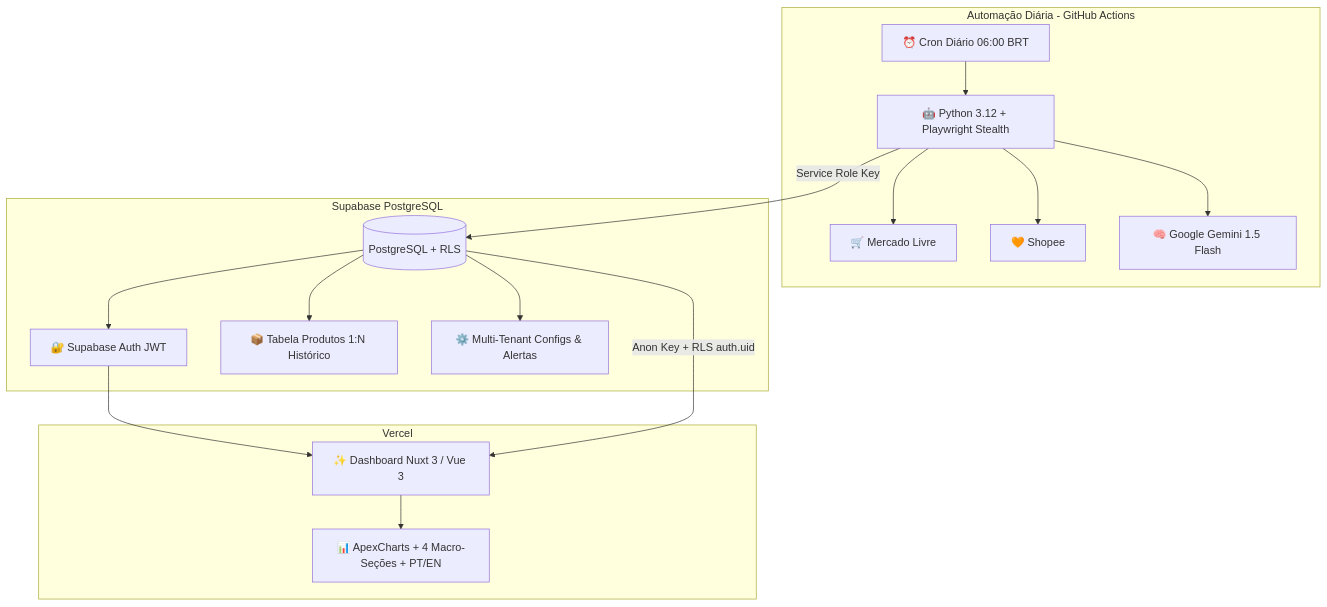
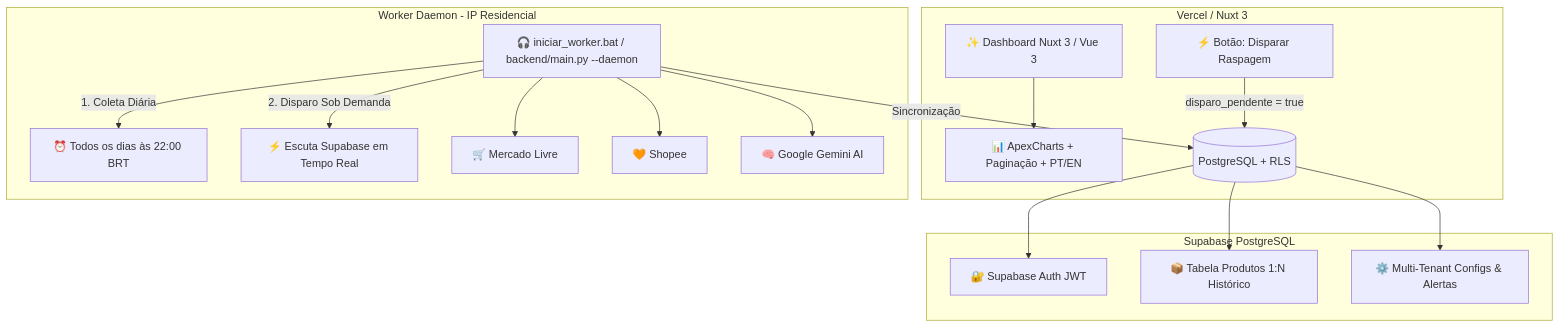
One commit to MarshalFilho/biscuit_scraper changed the diagram in README.md. Above: the diagram before and after it, drawn with Mermaid. The commit also changed other lines of this file and 4 other files, not shown here.

Commit message:
feat(worker): switch to local worker daemon architecture with 22:00 daily schedule and instant trigger

````diff
--- a/README.md
+++ b/README.md
@@ -9,22 +9,25 @@
 ```mermaid
 graph TD
-    subgraph Nuvem Automática [Automação Diária - GitHub Actions]
-        Cron[⏰ Cron Diário 06:00 BRT] --> Scraper[🤖 Python 3.12 + Playwright Stealth]
-        Scraper --> Meli[🛒 Mercado Livre]
-        Scraper --> Shopee[🧡 Shopee]
-        Scraper --> Gemini[🧠 Google Gemini 1.5 Flash]
+    subgraph Frontend SaaS [Vercel / Nuxt 3]
+        NuxtApp[✨ Dashboard Nuxt 3 / Vue 3]
+        NuxtApp --> Visual[📊 ApexCharts + Paginação + PT/EN]
+        BtnDisparo[⚡ Botão: Disparar Raspagem] -->|disparo_pendente = true| DB
     end
 
     subgraph Banco de Dados [Supabase PostgreSQL]
-        Scraper -->|Service Role Key| DB[(PostgreSQL + RLS)]
+        DB[(PostgreSQL + RLS)]
         DB --> Auth[🔐 Supabase Auth JWT]
         DB --> Produtos[📦 Tabela Produtos 1:N Histórico]
         DB --> Configs[⚙️ Multi-Tenant Configs & Alertas]
     end
 
-    subgraph Frontend SaaS [Vercel]
-        Auth --> NuxtApp[✨ Dashboard Nuxt 3 / Vue 3]
-        DB -->|Anon Key + RLS auth.uid| NuxtApp
-        NuxtApp --> Visual[📊 ApexCharts + 4 Macro-Seções + PT/EN]
+    subgraph Worker Local [Worker Daemon - IP Residencial]
+        Worker[🎧 iniciar_worker.bat / backend/main.py --daemon]
+        Worker -->|1. Coleta Diária| Cron[⏰ Todos os dias às 22:00 BRT]
+        Worker -->|2. Disparo Sob Demanda| Polling[⚡ Escuta Supabase em Tempo Real]
+        Worker --> Meli[🛒 Mercado Livre]
+        Worker --> Shopee[🧡 Shopee]
+        Worker --> Gemini[🧠 Google Gemini AI]
+        Worker -->|Sincronização| DB
     end
 ```
````
